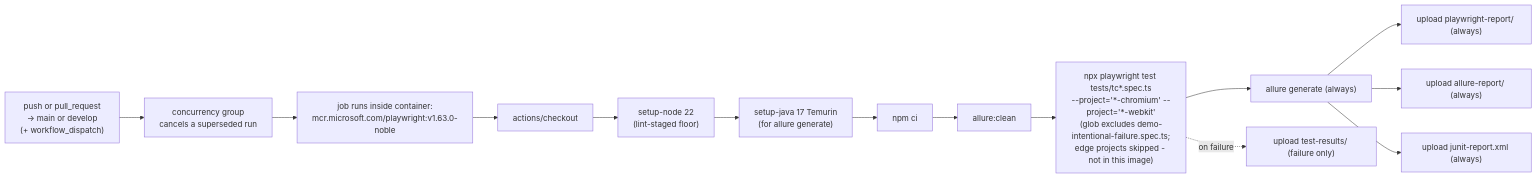
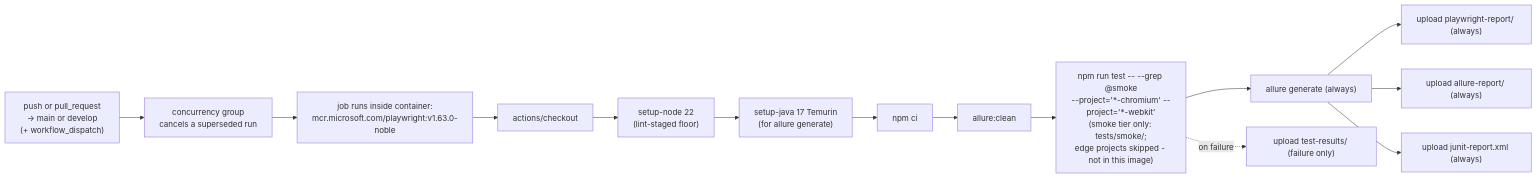
The sixth of 7 diagrams in docs/ARCHITECTURE.md (anuragsharma1098/playwright-automation), drawn with Mermaid before and after one commit. The commit also changed other lines of this file and 46 other files, not shown here.

````diff
--- a/docs/ARCHITECTURE.md
+++ b/docs/ARCHITECTURE.md
@@ -266,16 +266,16 @@
 ```mermaid
 flowchart LR
     TRIGGER["push or pull_request<br/>-> main or develop<br/>(+ workflow_dispatch)"] --> CONC["concurrency group<br/>cancels a superseded run"]
     CONC --> JOB["job runs inside container:<br/>mcr.microsoft.com/playwright:v1.63.0-noble"]
     JOB --> CHECKOUT["actions/checkout"]
     CHECKOUT --> NODE["setup-node 22<br/>(lint-staged floor)"]
     NODE --> JAVA["setup-java 17 Temurin<br/>(for allure generate)"]
     JAVA --> CI["npm ci"]
     CI --> ALLUREPRE["allure:clean"]
-    ALLUREPRE --> RUN["npx playwright test tests/tc*.spec.ts<br/>--project='*-chromium' --project='*-webkit'<br/>(glob excludes demo-intentional-failure.spec.ts;<br/>edge projects skipped - not in this image)"]
+    ALLUREPRE --> RUN["npm run test -- --grep @smoke<br/>--project='*-chromium' --project='*-webkit'<br/>(smoke tier only: tests/smoke/;<br/>edge projects skipped - not in this image)"]
     RUN --> ALLUREGEN["allure generate (always)"]
     ALLUREGEN --> ART1["upload playwright-report/ (always)"]
     ALLUREGEN --> ART2["upload allure-report/ (always)"]
     ALLUREGEN --> ART3["upload junit-report.xml (always)"]
     RUN -.on failure.-> ART4["upload test-results/ (failure only)"]
 ```
````
